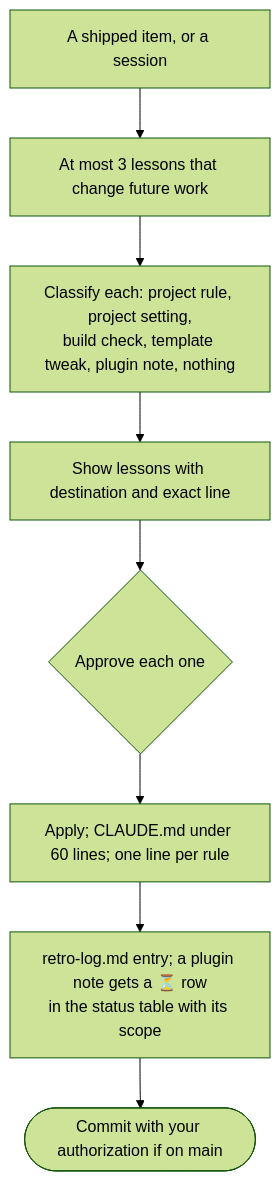
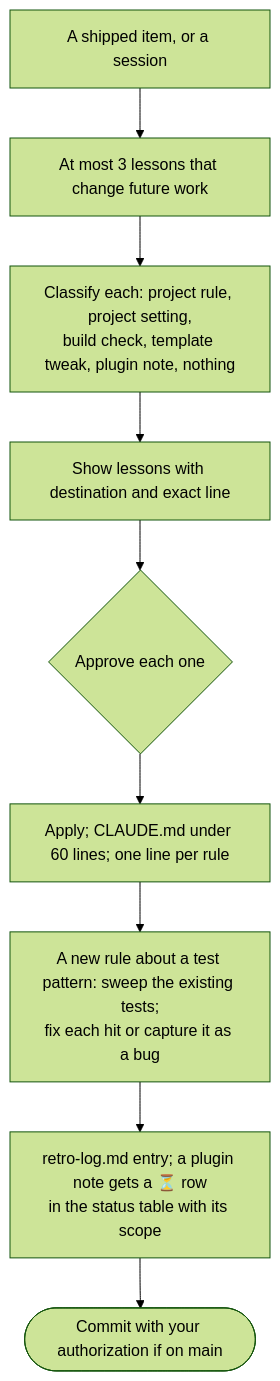
One commit to alexcanario/simulab changed diagram 12 of 16 in docs/agile/workflow.md. Above: the diagram before and after it, drawn with Mermaid (forest theme). The commit also changed other lines of this file and 5 other files, not shown here.

````diff
--- a/docs/agile/workflow.md
+++ b/docs/agile/workflow.md
@@ -1079,10 +1079,11 @@
 ```mermaid
 flowchart TD
     A["A shipped item, or a session"] --> B["At most 3 lessons that change future work"]
     B --> C["Classify each: project rule, project setting,<br/>build check, template tweak, plugin note, nothing"]
     C --> D["Show lessons with destination and exact line"]
     D --> E{"Approve each one"}
     E --> F["Apply; CLAUDE.md under 60 lines; one line per rule"]
-    F --> G["retro-log.md entry; a plugin note gets a ⏳ row<br/>in the status table with its scope"]
+    F --> F2["A new rule about a test pattern: sweep the existing tests;<br/>fix each hit or capture it as a bug"]
+    F2 --> G["retro-log.md entry; a plugin note gets a ⏳ row<br/>in the status table with its scope"]
     G --> H(["Commit with your authorization if on main"])
 ```
````
